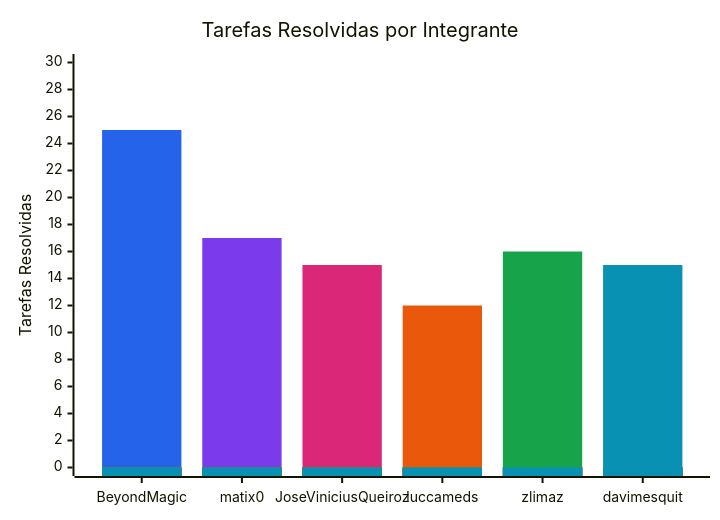
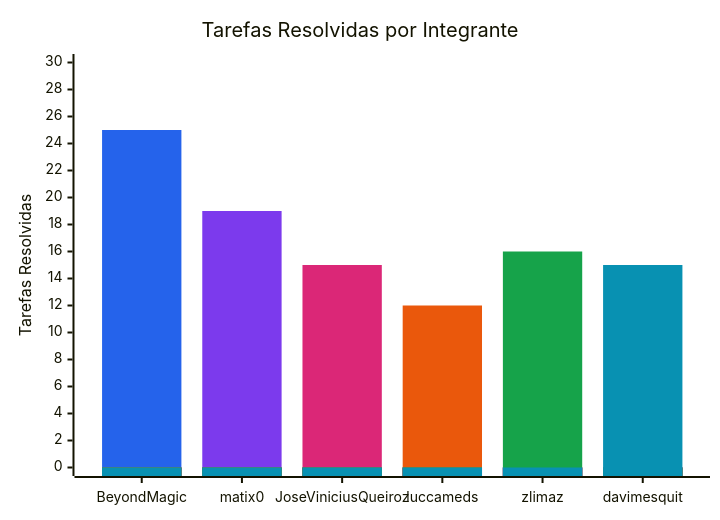
Before and after one commit to FCTE-Qualidade-de-Software-1/2026-2_T01_FRANS_BILAS: the diagram in documentation/snippets/management/resolved-issues.mmd, drawn with Mermaid. The commit also changed 5 other files, not shown here.

```diff
--- a/documentation/snippets/management/resolved-issues.mmd
+++ b/documentation/snippets/management/resolved-issues.mmd
@@ -1,11 +1,11 @@
 %%{init: {"themeVariables": {"xyChart": {"plotColorPalette": "#2563eb, #7c3aed, #db2777, #ea580c, #16a34a, #0891b2"}}}}%%
 xychart-beta
     title "Tarefas Resolvidas por Integrante"
     x-axis ["BeyondMagic", "matix0", "JoseViniciusQueiroz", "luccameds", "zlimaz", "davimesquit"]
     y-axis "Tarefas Resolvidas" 0 --> 30
     bar [25, 0, 0, 0, 0, 0]
-    bar [0, 17, 0, 0, 0, 0]
+    bar [0, 19, 0, 0, 0, 0]
     bar [0, 0, 15, 0, 0, 0]
     bar [0, 0, 0, 12, 0, 0]
     bar [0, 0, 0, 0, 16, 0]
     bar [0, 0, 0, 0, 0, 15]
```
